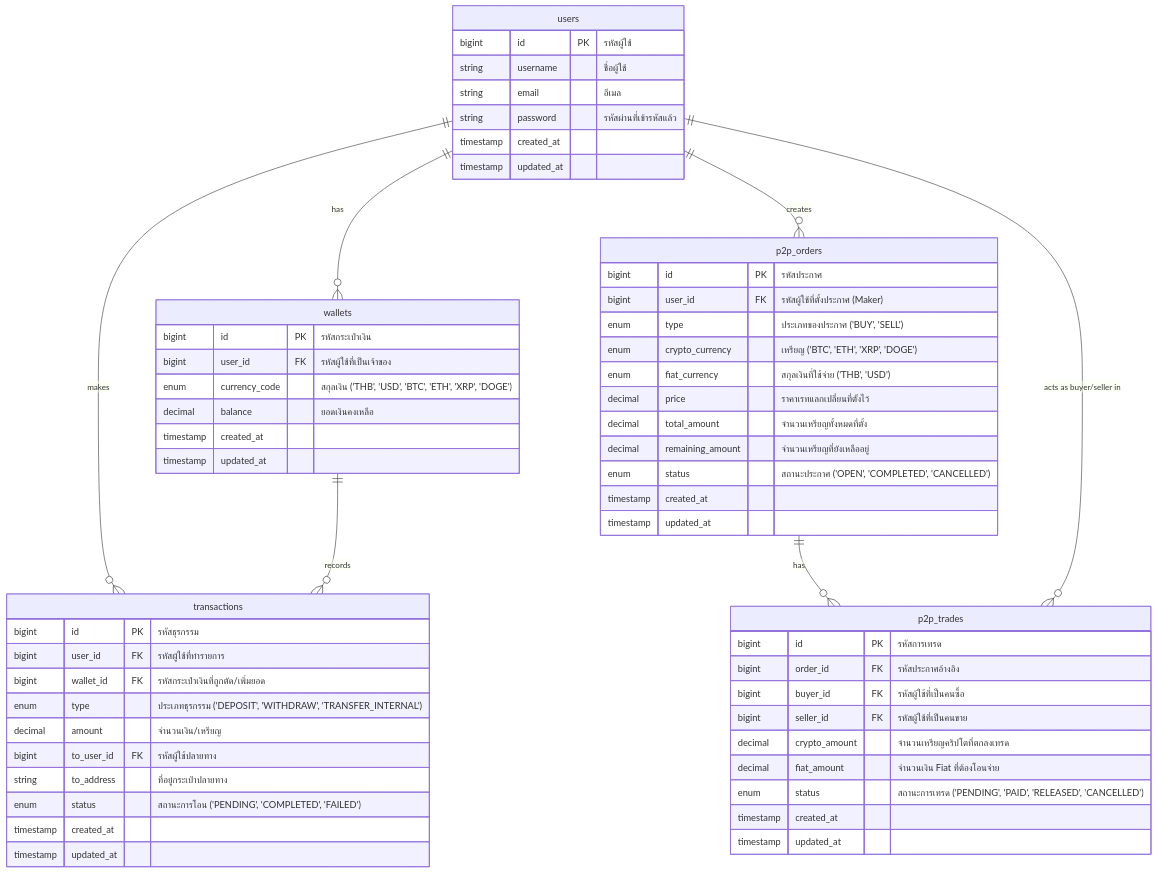
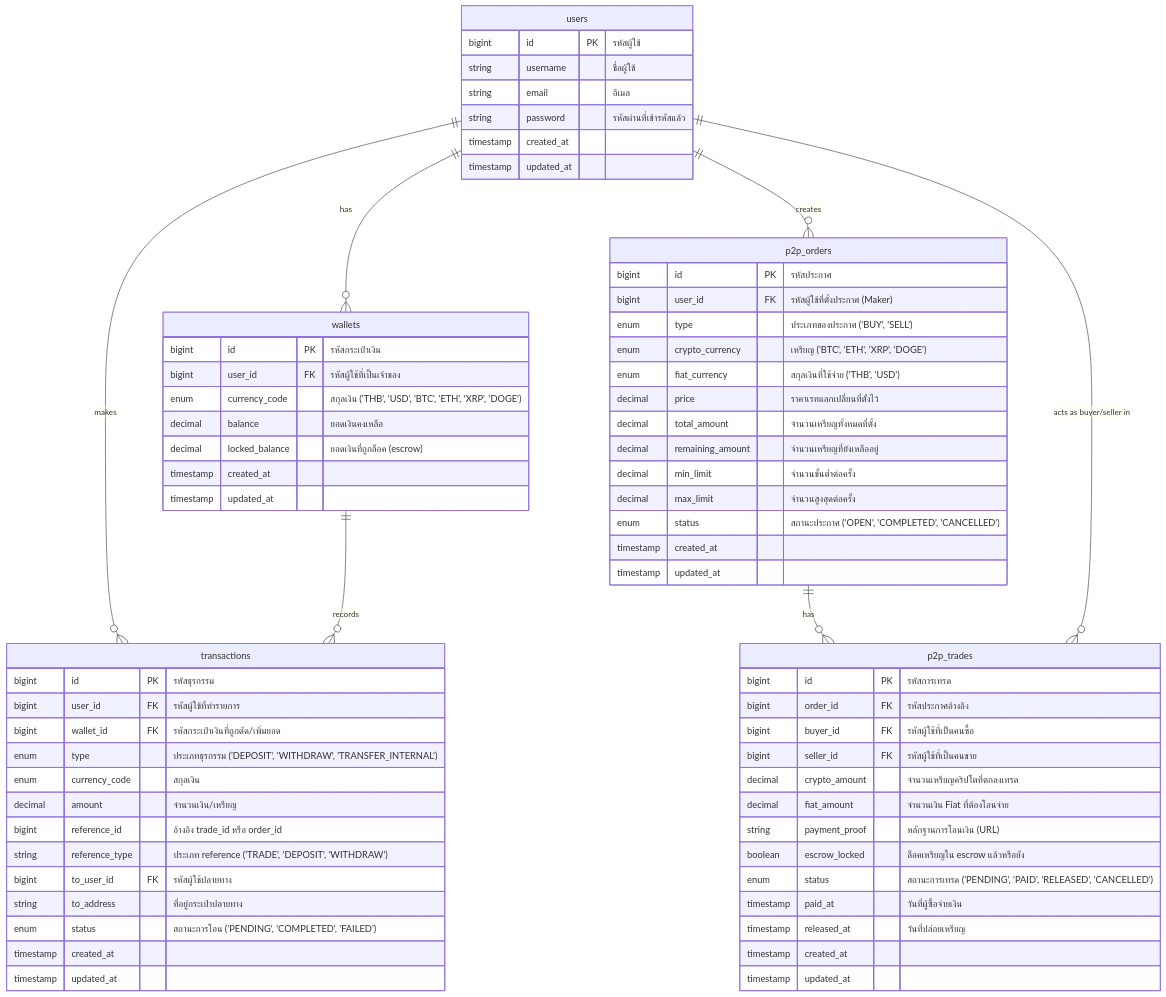
One commit to wa101r/Backend-technical-test changed the diagram in er-diagram.md. Above: the diagram before and after it, drawn with Mermaid. The commit also changed 16 other files, not shown here.

Commit message:
ปรับปรุง ER Diagram ตาม feedback (escrow, payment_proof, reference)

````diff
--- a/er-diagram.md
+++ b/er-diagram.md
@@ -3,66 +3,76 @@
 ```mermaid
 erDiagram
     users {
         bigint id PK "รหัสผู้ใช้"
         string username "ชื่อผู้ใช้"
         string email "อีเมล"
         string password "รหัสผ่านที่เข้ารหัสแล้ว"
         timestamp created_at
         timestamp updated_at
     }
 
     wallets {
         bigint id PK "รหัสกระเป๋าเงิน"
         bigint user_id FK "รหัสผู้ใช้ที่เป็นเจ้าของ"
         enum currency_code "สกุลเงิน ('THB', 'USD', 'BTC', 'ETH', 'XRP', 'DOGE')"
         decimal balance "ยอดเงินคงเหลือ"
+        decimal locked_balance "ยอดเงินที่ถูกล็อค (escrow)"
         timestamp created_at
         timestamp updated_at
     }
 
     p2p_orders {
         bigint id PK "รหัสประกาศ"
         bigint user_id FK "รหัสผู้ใช้ที่ตั้งประกาศ (Maker)"
         enum type "ประเภทของประกาศ ('BUY', 'SELL')"
         enum crypto_currency "เหรียญ ('BTC', 'ETH', 'XRP', 'DOGE')"
         enum fiat_currency "สกุลเงินที่ใช้จ่าย ('THB', 'USD')"
         decimal price "ราคาเรทแลกเปลี่ยนที่ตั้งไว้"
         decimal total_amount "จำนวนเหรียญทั้งหมดที่ตั้ง"
         decimal remaining_amount "จำนวนเหรียญที่ยังเหลืออยู่"
+        decimal min_limit "จำนวนขั้นต่ำต่อครั้ง"
+        decimal max_limit "จำนวนสูงสุดต่อครั้ง"
         enum status "สถานะประกาศ ('OPEN', 'COMPLETED', 'CANCELLED')"
         timestamp created_at
         timestamp updated_at
     }
 
     p2p_trades {
         bigint id PK "รหัสการเทรด"
         bigint order_id FK "รหัสประกาศอ้างอิง"
         bigint buyer_id FK "รหัสผู้ใช้ที่เป็นคนซื้อ"
         bigint seller_id FK "รหัสผู้ใช้ที่เป็นคนขาย"
         decimal crypto_amount "จำนวนเหรียญคริปโตที่ตกลงเทรด"
         decimal fiat_amount "จำนวนเงิน Fiat ที่ต้องโอนจ่าย"
+        string payment_proof "หลักฐานการโอนเงิน (URL)"
+        boolean escrow_locked "ล็อคเหรียญใน escrow แล้วหรือยัง"
         enum status "สถานะการเทรด ('PENDING', 'PAID', 'RELEASED', 'CANCELLED')"
+        timestamp paid_at "วันที่ผู้ซื้อจ่ายเงิน"
+        timestamp released_at "วันที่ปล่อยเหรียญ"
         timestamp created_at
         timestamp updated_at
     }
 
     transactions {
         bigint id PK "รหัสธุรกรรม"
         bigint user_id FK "รหัสผู้ใช้ที่ทำรายการ"
         bigint wallet_id FK "รหัสกระเป๋าเงินที่ถูกตัด/เพิ่มยอด"
         enum type "ประเภทธุรกรรม ('DEPOSIT', 'WITHDRAW', 'TRANSFER_INTERNAL')"
+        enum currency_code "สกุลเงิน"
         decimal amount "จำนวนเงิน/เหรียญ"
+        bigint reference_id "อ้างอิง trade_id หรือ order_id"
+        string reference_type "ประเภท reference ('TRADE', 'DEPOSIT', 'WITHDRAW')"
         bigint to_user_id FK "รหัสผู้ใช้ปลายทาง"
         string to_address "ที่อยู่กระเป๋าปลายทาง"
         enum status "สถานะการโอน ('PENDING', 'COMPLETED', 'FAILED')"
         timestamp created_at
         timestamp updated_at
     }
 
     users ||--o{ wallets : "has"
     users ||--o{ p2p_orders : "creates"
     p2p_orders ||--o{ p2p_trades : "has"
     users ||--o{ p2p_trades : "acts as buyer/seller in"
     users ||--o{ transactions : "makes"
     wallets ||--o{ transactions : "records"
 ```
````
